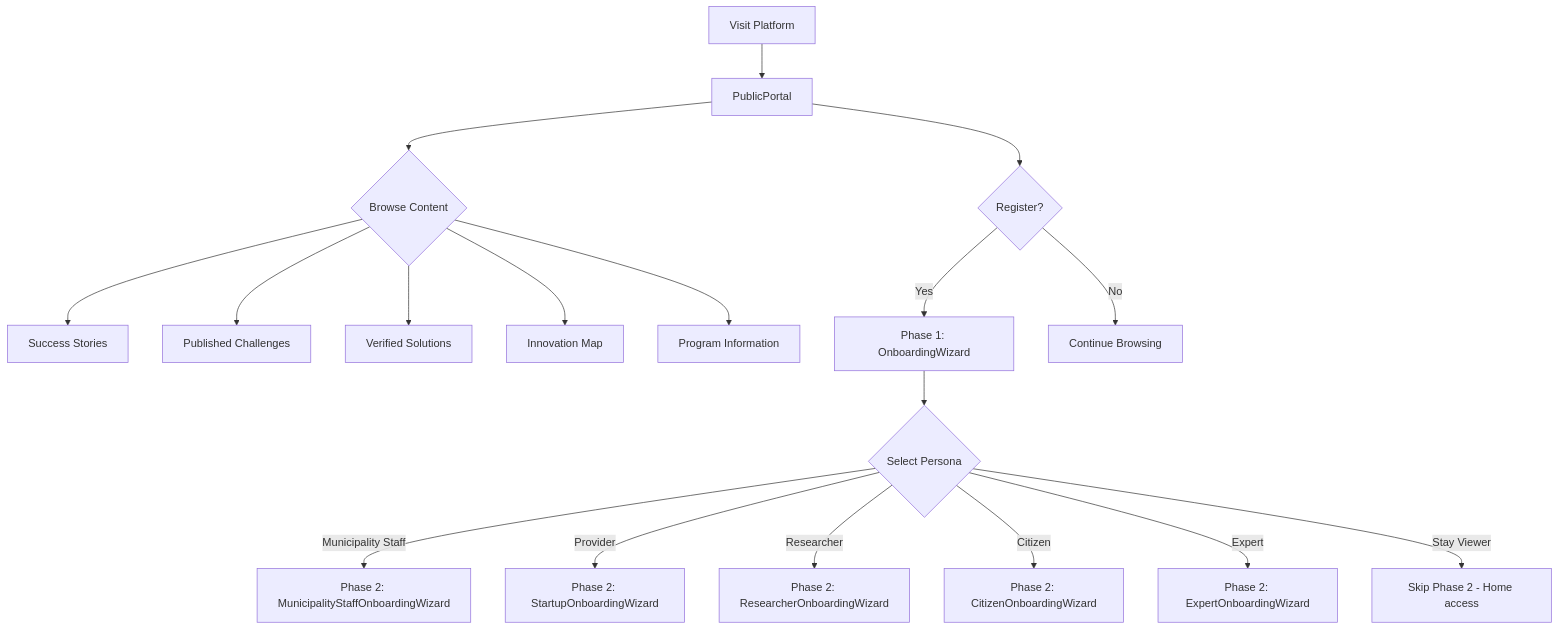
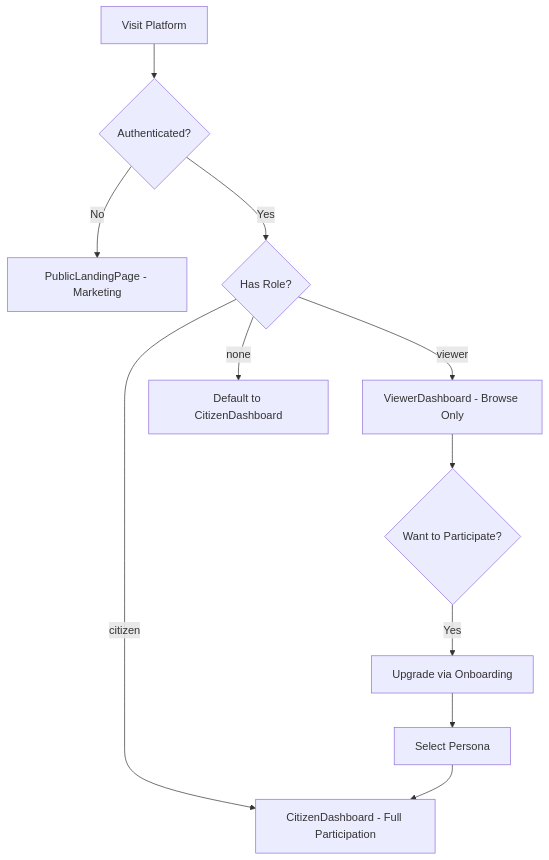
One commit to Qahtani1979/innovate-saudi changed the diagram in docs/personas/VIEWER_PERSONA.md. Above: the diagram before and after it, drawn with Mermaid. The commit also changed other lines of this file and 4 other files, not shown here.

````diff
--- a/docs/personas/VIEWER_PERSONA.md
+++ b/docs/personas/VIEWER_PERSONA.md
@@ -19,20 +23,13 @@
 ```mermaid
 graph TD
-    A[Visit Platform] --> B[PublicPortal]
-    B --> C{Browse Content}
-    C --> D[Success Stories]
-    C --> E[Published Challenges]
-    C --> F[Verified Solutions]
-    C --> G[Innovation Map]
-    C --> H[Program Information]
-    B --> I{Register?}
-    I -->|Yes| J[Phase 1: OnboardingWizard]
-    I -->|No| K[Continue Browsing]
-    J --> L{Select Persona}
-    L -->|Municipality Staff| M[Phase 2: MunicipalityStaffOnboardingWizard]
-    L -->|Provider| N[Phase 2: StartupOnboardingWizard]
-    L -->|Researcher| O[Phase 2: ResearcherOnboardingWizard]
-    L -->|Citizen| P[Phase 2: CitizenOnboardingWizard]
-    L -->|Expert| Q[Phase 2: ExpertOnboardingWizard]
-    L -->|Stay Viewer| R[Skip Phase 2 - Home access]
+    A[Visit Platform] --> B{Authenticated?}
+    B -->|No| C[PublicLandingPage - Marketing]
+    B -->|Yes| D{Has Role?}
+    D -->|viewer| E[ViewerDashboard - Browse Only]
+    D -->|citizen| F[CitizenDashboard - Full Participation]
+    D -->|none| G[Default to CitizenDashboard]
+    E --> H{Want to Participate?}
+    H -->|Yes| I[Upgrade via Onboarding]
+    I --> J[Select Persona]
+    J --> F
 ```
````
